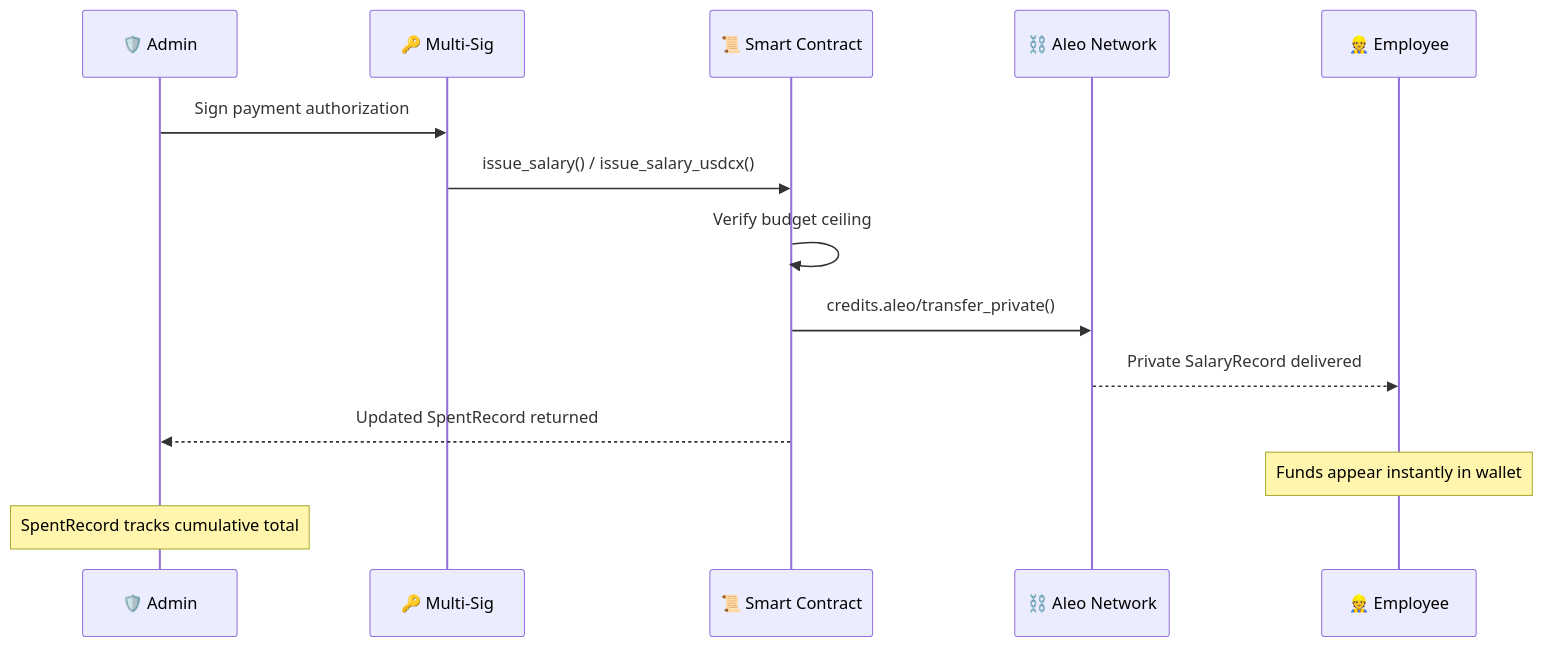
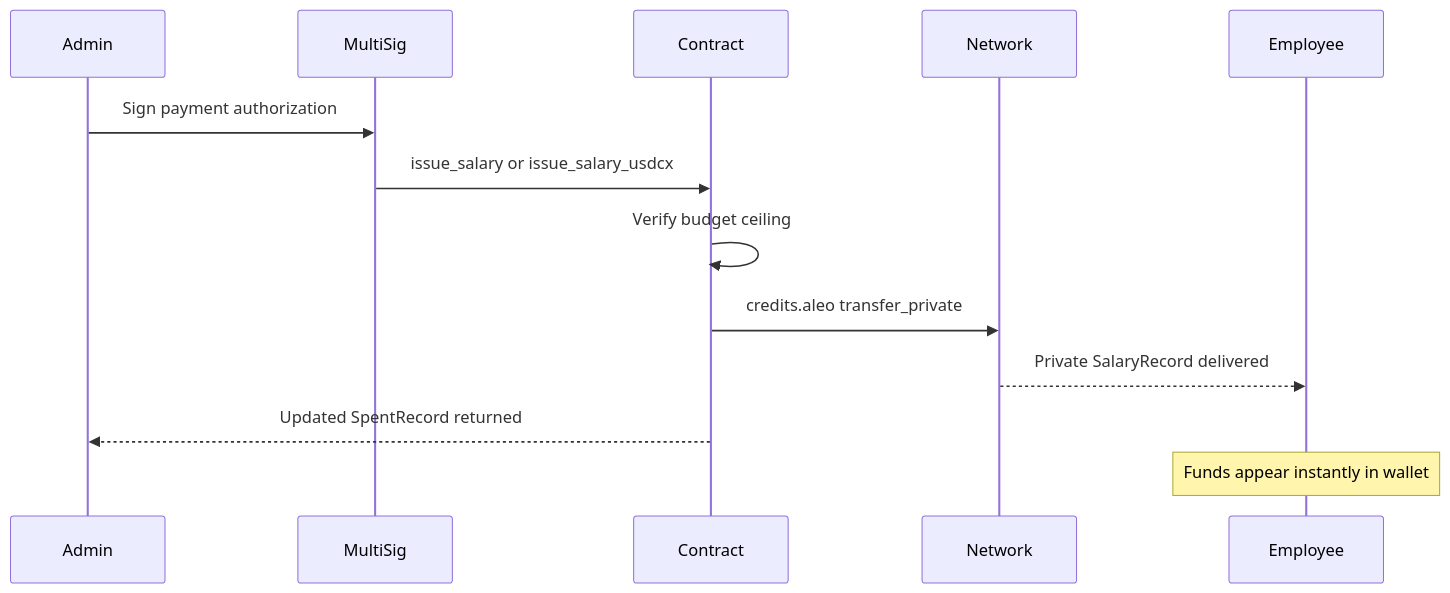
Before and after one commit to PhanTom497/zk_payroll: the second of 6 diagrams in README.md, drawn with Mermaid. The commit also changed other lines of this file, not shown here.

````diff
--- a/README.md
+++ b/README.md
@@ -133,18 +141,16 @@
 ```mermaid
 sequenceDiagram
-    participant Admin as 🛡️ Admin
-    participant MSig as 🔑 Multi-Sig
-    participant Contract as 📜 Smart Contract
-    participant Network as ⛓️ Aleo Network
-    participant Employee as 👷 Employee
+    participant Admin
+    participant MultiSig
+    participant Contract
+    participant Network
+    participant Employee
 
-    Admin->>MSig: Sign payment authorization
-    MSig->>Contract: issue_salary() / issue_salary_usdcx()
+    Admin->>MultiSig: Sign payment authorization
+    MultiSig->>Contract: issue_salary or issue_salary_usdcx
     Contract->>Contract: Verify budget ceiling
-    Contract->>Network: credits.aleo/transfer_private()
+    Contract->>Network: credits.aleo transfer_private
     Network-->>Employee: Private SalaryRecord delivered
     Contract-->>Admin: Updated SpentRecord returned
-
     Note over Employee: Funds appear instantly in wallet
-    Note over Admin: SpentRecord tracks cumulative total
 ```
````
